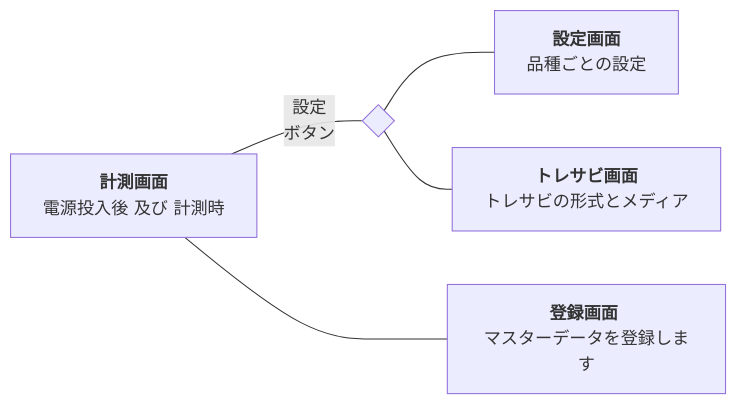
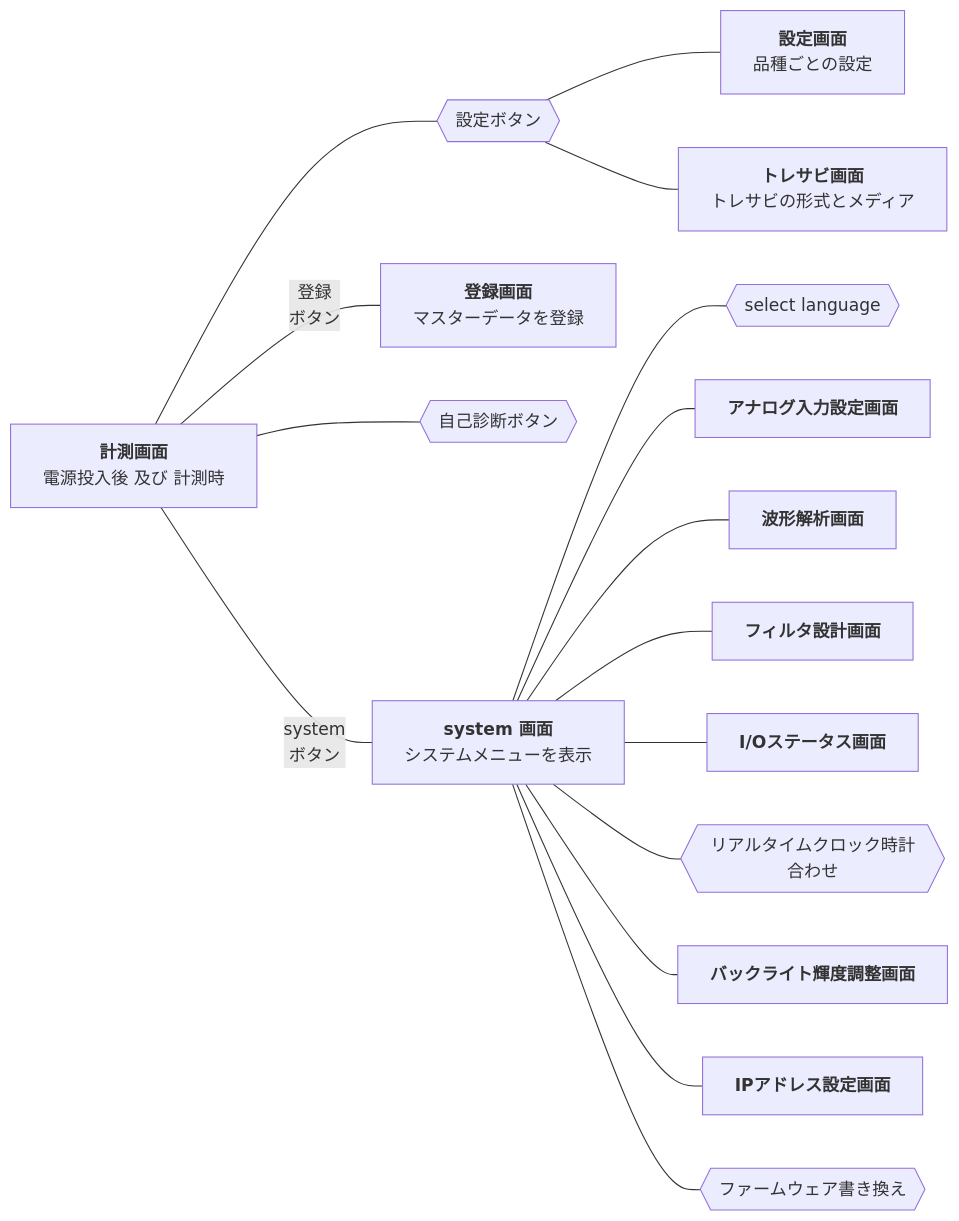
The diagram in ion.adoc (nst-co/ion-manual), drawn with Mermaid before and after one commit. The commit also changed other lines of this file and 1 other file, not shown here.

Commit message:
Mermaid画面構成図完成 github専用設定を用意する（mermaidが何とかなランかと思ったがならなかった）

```diff
--- a/ion.adoc
+++ b/ion.adoc
@@ -443,8 +450,19 @@
 [mermaid]
 ....
 graph LR
-  main[<b>計測画面</b><br>電源投入後 及び 計測時] ---|設定<br>ボタン| c{ }
+  main[<b>計測画面</b><br>電源投入後 及び 計測時] ---c{{設定ボタン}}
   c --- conf[<b> 設定画面 </b> <br>品種ごとの設定]
   c --- trace[<b> トレサビ画面 </b> <br>トレサビの形式とメディア]
-  main ---- t[<b> 登録画面 </b> <br>マスターデータを登録します]
+  main --- |登録<br>ボタン| t[<b> 登録画面 </b> <br>マスターデータを登録]
+  main --- self{{自己診断ボタン}}
+  main --- |system<br>ボタン| sys[<b> system 画面 </b> <br>システムメニューを表示]
+  sys --- lang{{select language}}
+  sys --- analog[<b> アナログ入力設定画面 </b>]
+  sys --- wave[<b> 波形解析画面 </b>]
+  sys --- fil[<b> フィルタ設計画面 </b>]
+  sys --- io[<b> I/Oステータス画面 </b>]
+  sys --- rtc{{リアルタイムクロック時計合わせ}}
+  sys --- back[<b> バックライト輝度調整画面 </b>]
+  sys --- ip[<b> IPアドレス設定画面 </b>]
+  sys --- firm{{ファームウェア書き換え}}
 ....
```
